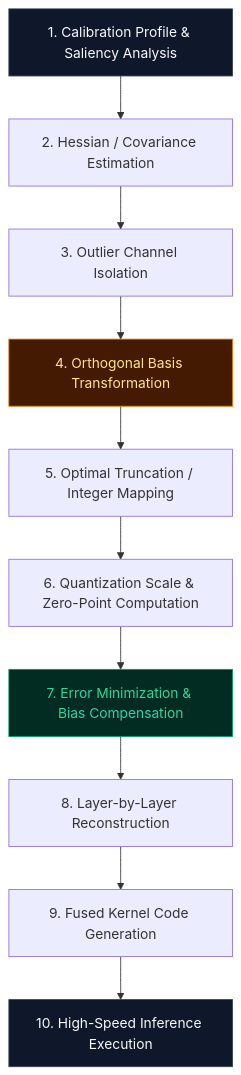
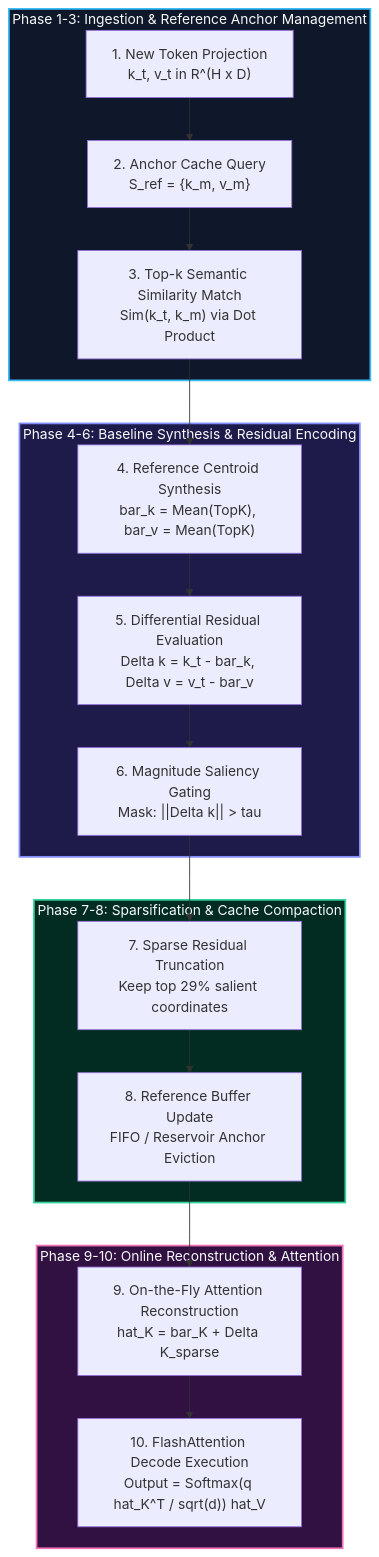
The second of 2 diagrams in Docs/content/compressions_blog/delta_kv_blog.md (tahamajs/NeuralOps), drawn with Mermaid before and after one commit. The commit also changed other lines of this file and 19 other files, not shown here.

````diff
--- a/Docs/content/compressions_blog/delta_kv_blog.md
+++ b/Docs/content/compressions_blog/delta_kv_blog.md
@@ -75,17 +115,28 @@
 ```mermaid
-graph TD
-    Step1["1. Calibration Profile & Saliency Analysis"] --> Step2["2. Hessian / Covariance Estimation"]
-    Step2 --> Step3["3. Outlier Channel Isolation"]
-    Step3 --> Step4["4. Orthogonal Basis Transformation"]
-    Step4 --> Step5["5. Optimal Truncation / Integer Mapping"]
-    Step5 --> Step6["6. Quantization Scale & Zero-Point Computation"]
-    Step6 --> Step7["7. Error Minimization & Bias Compensation"]
-    Step7 --> Step8["8. Layer-by-Layer Reconstruction"]
-    Step8 --> Step9["9. Fused Kernel Code Generation"]
-    Step9 --> Step10["10. High-Speed Inference Execution"]
+flowchart TD
+    subgraph Phase1_3["Phase 1-3: Ingestion & Reference Anchor Management"]
+        P1["1. New Token Projection<br/>k_t, v_t in R^(H x D)"] --> P2["2. Anchor Cache Query<br/>S_ref = {k_m, v_m}"]
+        P2 --> P3["3. Top-k Semantic Similarity Match<br/>Sim(k_t, k_m) via Dot Product"]
+    end
 
-    style Step1 fill:#0F172A,stroke:#334155,color:#F8FAFC
-    style Step4 fill:#451A03,stroke:#D97706,color:#FDE68A
-    style Step7 fill:#022C22,stroke:#059669,color:#34D399
-    style Step10 fill:#0F172A,stroke:#334155,color:#F8FAFC
+    subgraph Phase4_6["Phase 4-6: Baseline Synthesis & Residual Encoding"]
+        P3 --> P4["4. Reference Centroid Synthesis<br/>bar_k = Mean(TopK), bar_v = Mean(TopK)"]
+        P4 --> P5["5. Differential Residual Evaluation<br/>Delta k = k_t - bar_k, Delta v = v_t - bar_v"]
+        P5 --> P6["6. Magnitude Saliency Gating<br/>Mask: ||Delta k|| > tau"]
+    end
+
+    subgraph Phase7_8["Phase 7-8: Sparsification & Cache Compaction"]
+        P6 --> P7["7. Sparse Residual Truncation<br/>Keep top 29% salient coordinates"]
+        P7 --> P8["8. Reference Buffer Update<br/>FIFO / Reservoir Anchor Eviction"]
+    end
+
+    subgraph Phase9_10["Phase 9-10: Online Reconstruction & Attention"]
+        P8 --> P9["9. On-the-Fly Attention Reconstruction<br/>hat_K = bar_K + Delta K_sparse"]
+        P9 --> P10["10. FlashAttention Decode Execution<br/>Output = Softmax(q hat_K^T / sqrt(d)) hat_V"]
+    end
+
+    style Phase1_3 fill:#0F172A,stroke:#38BDF8,stroke-width:2px,color:#F8FAFC
+    style Phase4_6 fill:#1E1B4B,stroke:#818CF8,stroke-width:2px,color:#F8FAFC
+    style Phase7_8 fill:#022C22,stroke:#34D399,stroke-width:2px,color:#F8FAFC
+    style Phase9_10 fill:#311042,stroke:#F472B6,stroke-width:2px,color:#F8FAFC
 ```
````
